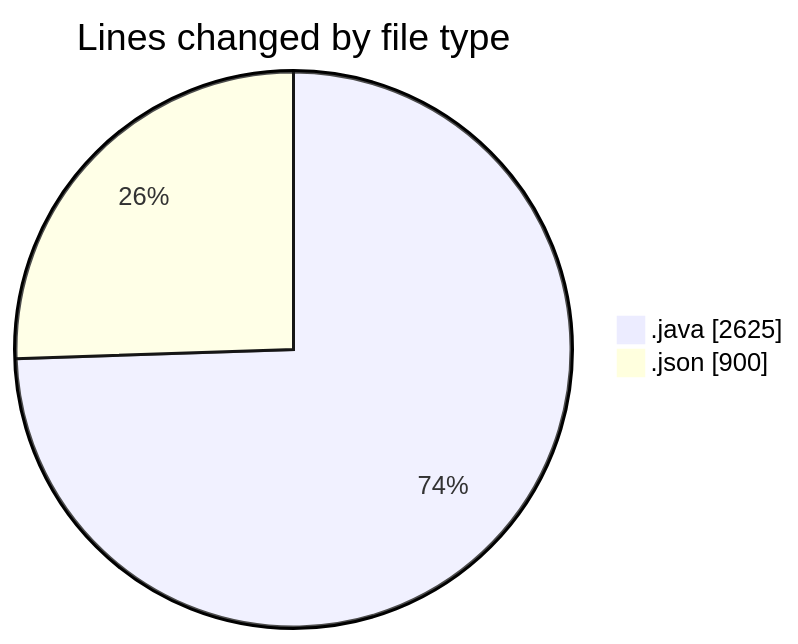
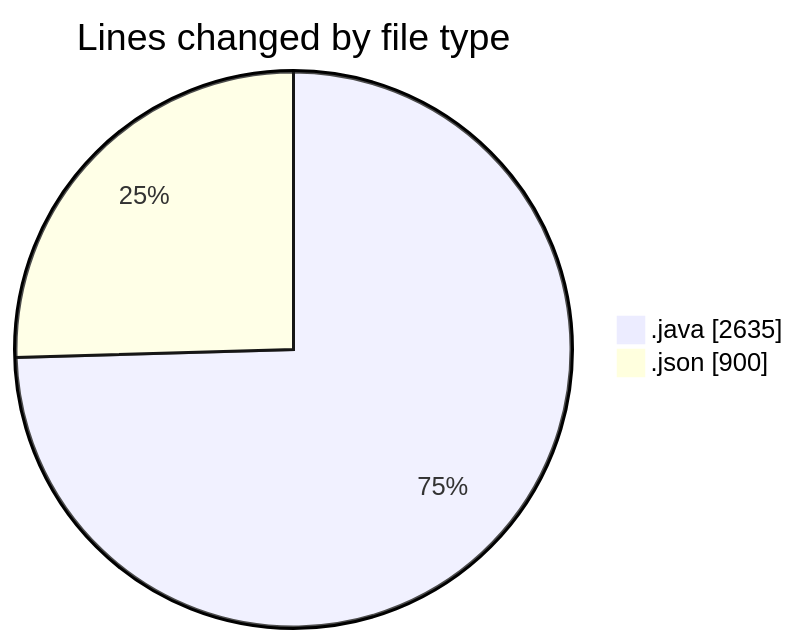
One commit to ricardozamudiocil/code-tracking changed the first of 2 diagrams in 2026-04-16/cilapp/README.md. Above: the diagram before and after it, drawn with Mermaid. The commit also changed other lines of this file and 1 other file, not shown here.

````diff
--- a/2026-04-16/cilapp/README.md
+++ b/2026-04-16/cilapp/README.md
@@ -29,6 +29,6 @@
 ```mermaid
 pie showData
 title Lines changed by file type
-".java" : 2625
+".java" : 2635
 ".json" : 900
 ```
````
